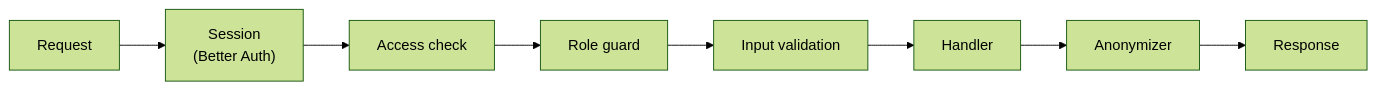
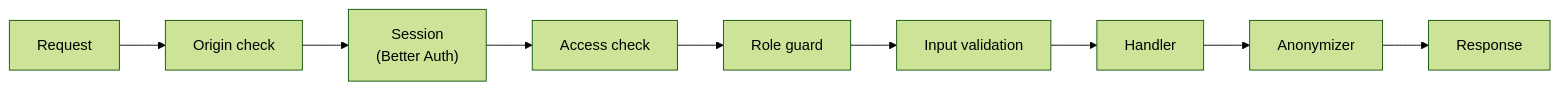
Before and after one commit to Fringhian/fpr: the diagram in docs/architecture/api.md, drawn with Mermaid (forest theme). The commit also changed other lines of this file and 1 other file, not shown here.

````diff
--- a/docs/architecture/api.md
+++ b/docs/architecture/api.md
@@ -40,10 +44,11 @@
 ```mermaid
 flowchart LR
-    Req["Request"] --> Session["Session<br/>(Better Auth)"]
+    Req["Request"] --> Origin["Origin check"]
+    Origin --> Session["Session<br/>(Better Auth)"]
     Session --> Access["Access check"]
     Access --> Role["Role guard"]
     Role --> Valid["Input validation"]
     Valid --> Handler["Handler"]
     Handler --> Anon["Anonymizer"]
     Anon --> Res["Response"]
 ```
````
